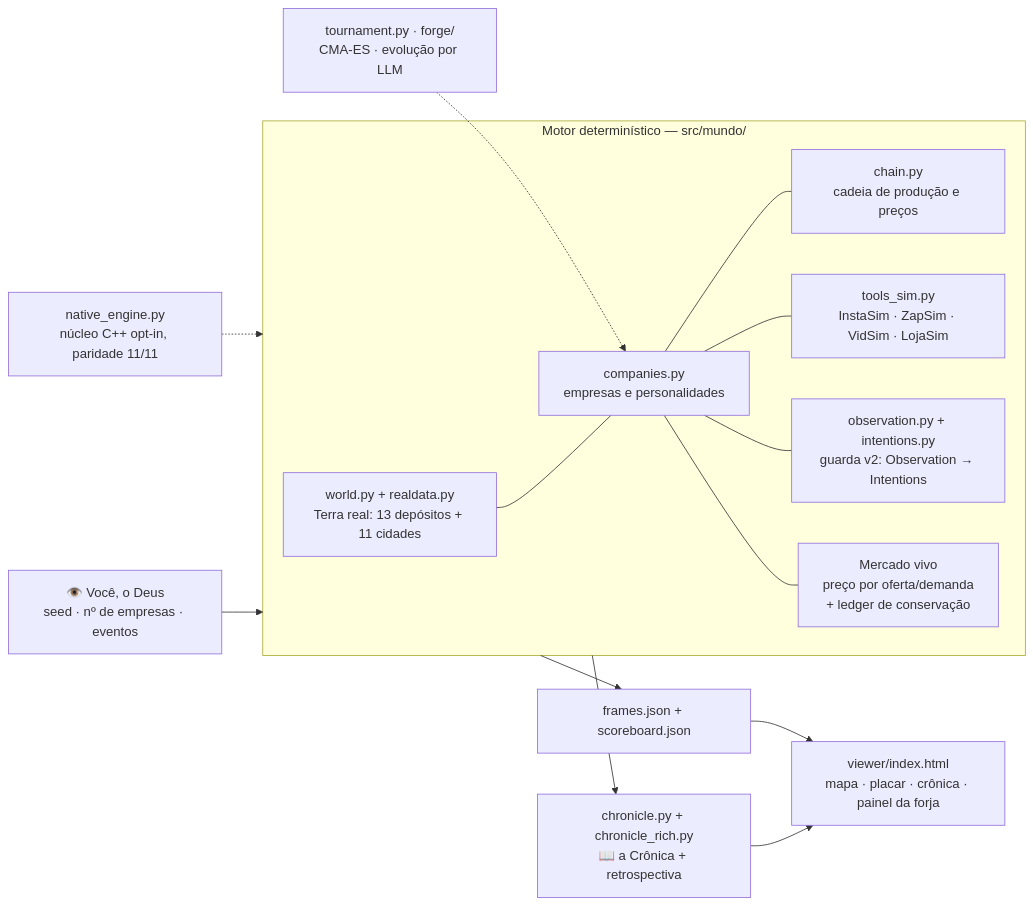
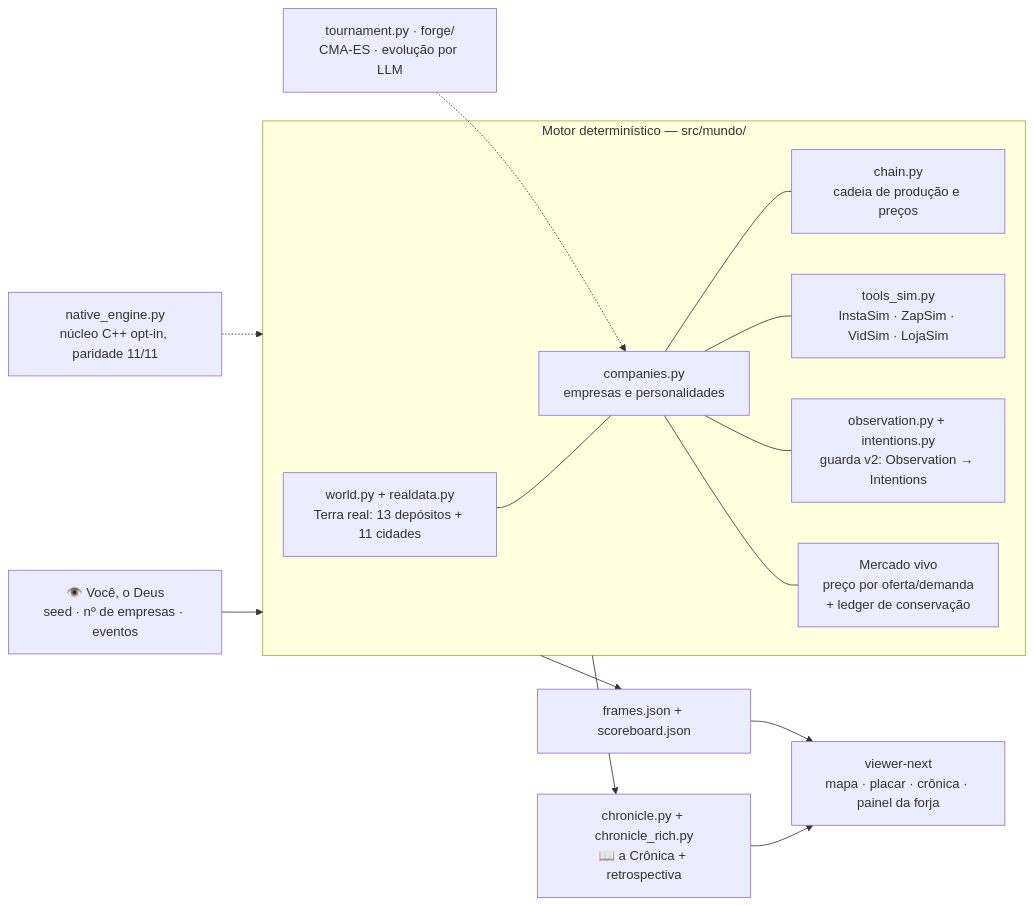
One commit to santleme/pathtoquantum changed the first of 2 diagrams in README.md. Above: the diagram before and after it, drawn with Mermaid. The commit also changed other lines of this file and 3 other files, not shown here.

First line of the commit message:
docs: referencias ao viewer apontam para o viewer-next; legado aposentado

````diff
--- a/README.md
+++ b/README.md
@@ -50,23 +51,23 @@
 ```mermaid
 flowchart LR
     GOD["👁️ Você, o Deus<br/>seed · nº de empresas · eventos"] --> ENGINE
     subgraph ENGINE["Motor determinístico — src/mundo/"]
         WORLD["world.py + realdata.py<br/>Terra real: 13 depósitos + 11 cidades"]
         COMP["companies.py<br/>empresas e personalidades"]
         CHAIN["chain.py<br/>cadeia de produção e preços"]
         TOOLS["tools_sim.py<br/>InstaSim · ZapSim · VidSim · LojaSim"]
         OBS["observation.py + intentions.py<br/>guarda v2: Observation → Intentions"]
         MARKET["Mercado vivo<br/>preço por oferta/demanda<br/>+ ledger de conservação"]
         WORLD --- COMP
         COMP --- CHAIN
         COMP --- TOOLS
         COMP --- OBS
         COMP --- MARKET
     end
     ENGINE --> CHRON["chronicle.py + chronicle_rich.py<br/>📖 a Crônica + retrospectiva"]
     ENGINE --> FRAMES["frames.json + scoreboard.json"]
-    CHRON --> VIEWER["viewer/index.html<br/>mapa · placar · crônica · painel da forja"]
+    CHRON --> VIEWER["viewer-next<br/>mapa · placar · crônica · painel da forja"]
     FRAMES --> VIEWER
     NAT["native_engine.py<br/>núcleo C++ opt-in, paridade 11/11"] -.-> ENGINE
     TOR["tournament.py · forge/<br/>CMA-ES · evolução por LLM"] -.-> COMP
 ```
````
